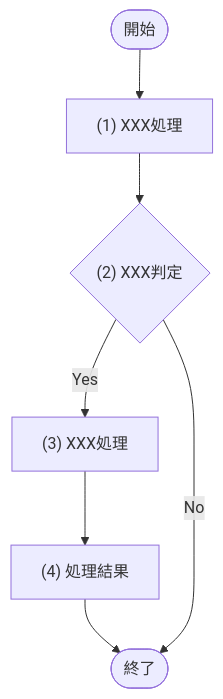
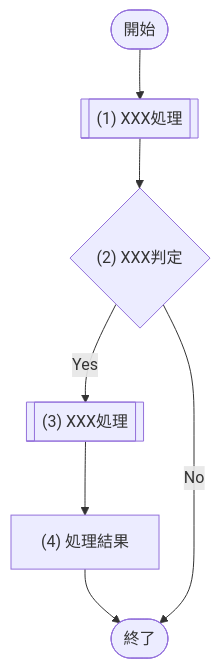
One commit to sikakou54/system-document-template changed the diagram in template/03_機能設計/03_API設計/テンプレート_API.md. Above: the diagram before and after it, drawn with Mermaid. The commit also changed other lines of this file and 28 other files, not shown here.

````diff
--- a/template/03_機能設計/03_API設計/テンプレート_API.md
+++ b/template/03_機能設計/03_API設計/テンプレート_API.md
@@ -101,13 +103,13 @@
 ```mermaid
 flowchart TD
   Start([開始])
-  P1["(1) XXX処理"]
+  P1[["(1) XXX処理"]]
   D1{"(2) XXX判定"}
-  P3["(3) XXX処理"]
+  P3[["(3) XXX処理"]]
   P4["(4) 処理結果"]
   End([終了])
 
   Start --> P1 --> D1
   D1 -- "Yes" --> P3 --> P4 --> End
   D1 -- "No" --> End
 ```
````
